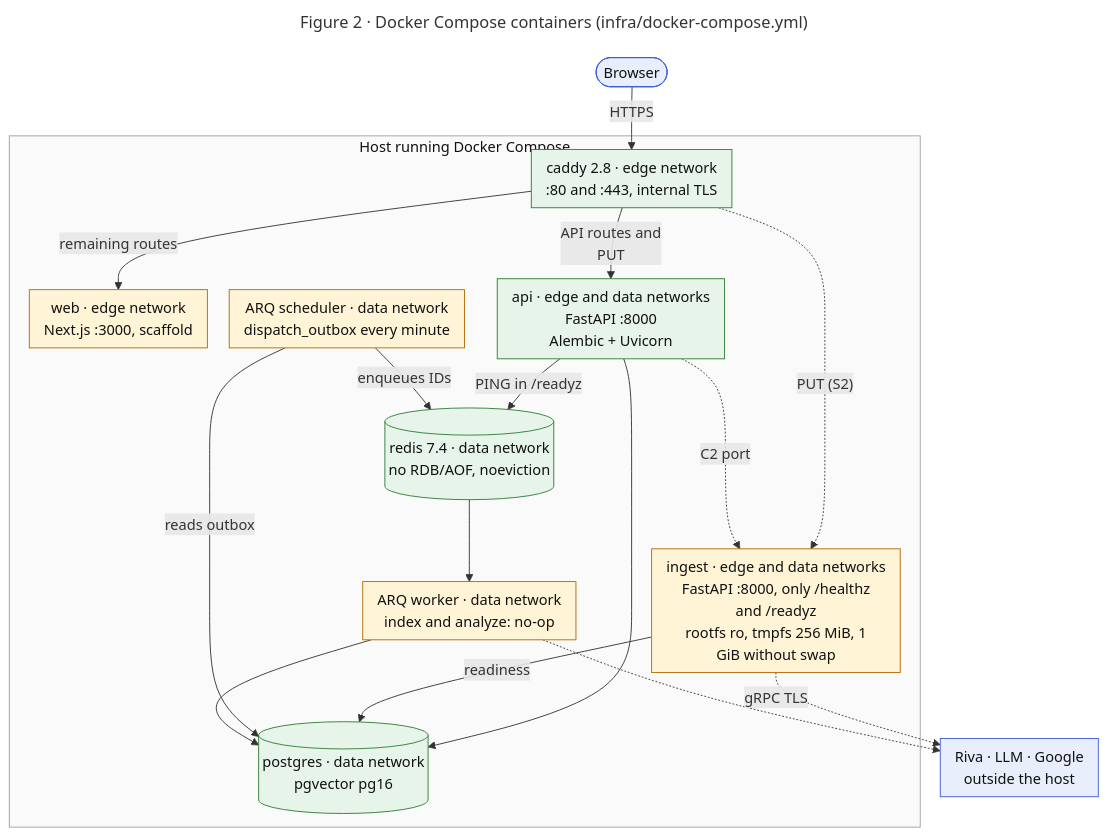
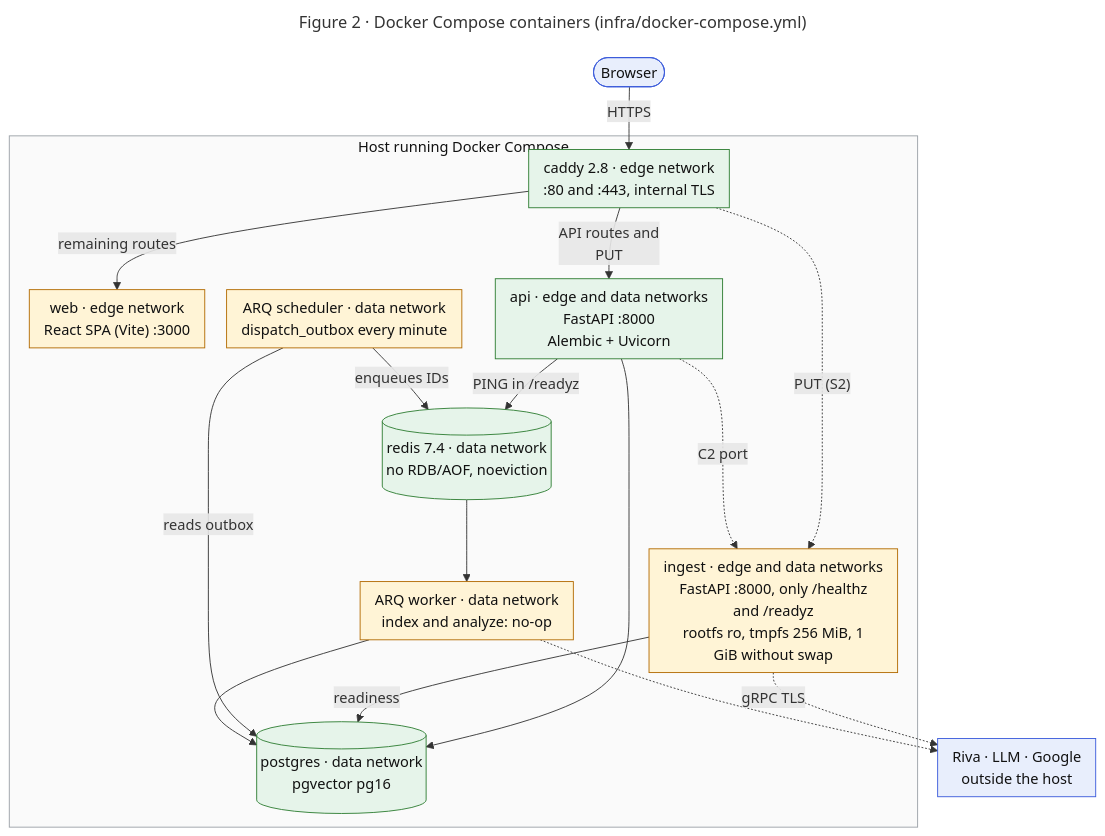
One commit to Nigrumhodo/Maulwurf changed the second of 5 diagrams in docs/ARCH.md. Above: the diagram before and after it, drawn with Mermaid. The commit also changed other lines of this file and 7 other files, not shown here.

First line of the commit message:
docs(adr): ADR-0007 web stack Vite + React SPA (L2.10)

````diff
--- a/docs/ARCH.md
+++ b/docs/ARCH.md
@@ -79,44 +79,44 @@
 ```mermaid
 ---
 title: "Figure 2 · Docker Compose containers (infra/docker-compose.yml)"
 config:
   flowchart:
     wrappingWidth: 330
     nodeSpacing: 24
     rankSpacing: 30
     padding: 8
 ---
 flowchart TB
     B(["Browser"]):::ext
     subgraph HOST["Host running Docker Compose"]
         CD["caddy 2.8 · edge network<br/>:80 and :443, internal TLS"]:::impl
-        WEB["web · edge network<br/>Next.js :3000, scaffold"]:::parcial
+        WEB["web · edge network<br/>React SPA (Vite) :3000"]:::parcial
         API["api · edge and data networks<br/>FastAPI :8000<br/>Alembic + Uvicorn"]:::impl
         ING["ingest · edge and data networks<br/>FastAPI :8000, only /healthz<br/>and /readyz<br/>rootfs ro, tmpfs 256 MiB, 1<br/>GiB without swap"]:::parcial
         PG[("postgres · data network<br/>pgvector pg16")]:::impl
         RD[("redis 7.4 · data network<br/>no RDB/AOF, noeviction")]:::impl
         SC["ARQ scheduler · data network<br/>dispatch_outbox every minute"]:::parcial
         WK["ARQ worker · data network<br/>index and analyze: no-op"]:::parcial
     end
     EXT["Riva · LLM · Google<br/>outside the host"]:::ext
 
     B -->|"HTTPS"| CD
     CD -->|"remaining routes"| WEB
     CD -->|"API routes and<br/>PUT"| API
     CD -.->|"PUT (S2)"| ING
     API -.->|"C2 port"| ING
     API --> PG
     API -->|"PING in /readyz"| RD
     ING -->|"readiness"| PG
     SC -->|"reads outbox"| PG
     SC -->|"enqueues IDs"| RD
     RD --> WK
     WK --> PG
     ING -.->|"gRPC TLS"| EXT
     WK -.-> EXT
 
     classDef impl fill:#e6f4ea,stroke:#2e7d32,color:#111
     classDef parcial fill:#fff4d6,stroke:#b26a00,color:#111
     classDef ext fill:#e8eefc,stroke:#3b5bdb,color:#111
     style HOST fill:#fafafa,stroke:#9aa0a6,color:#111
 ```
````
